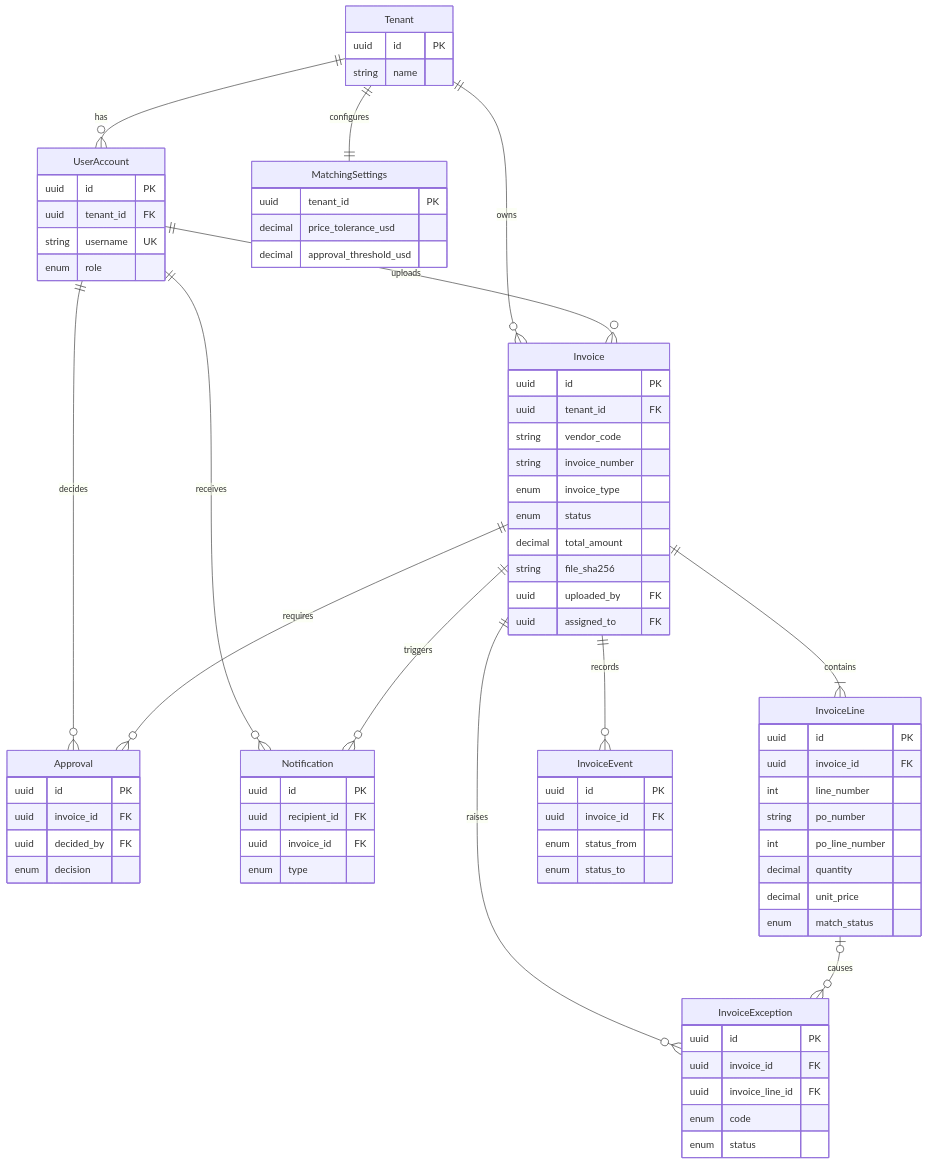
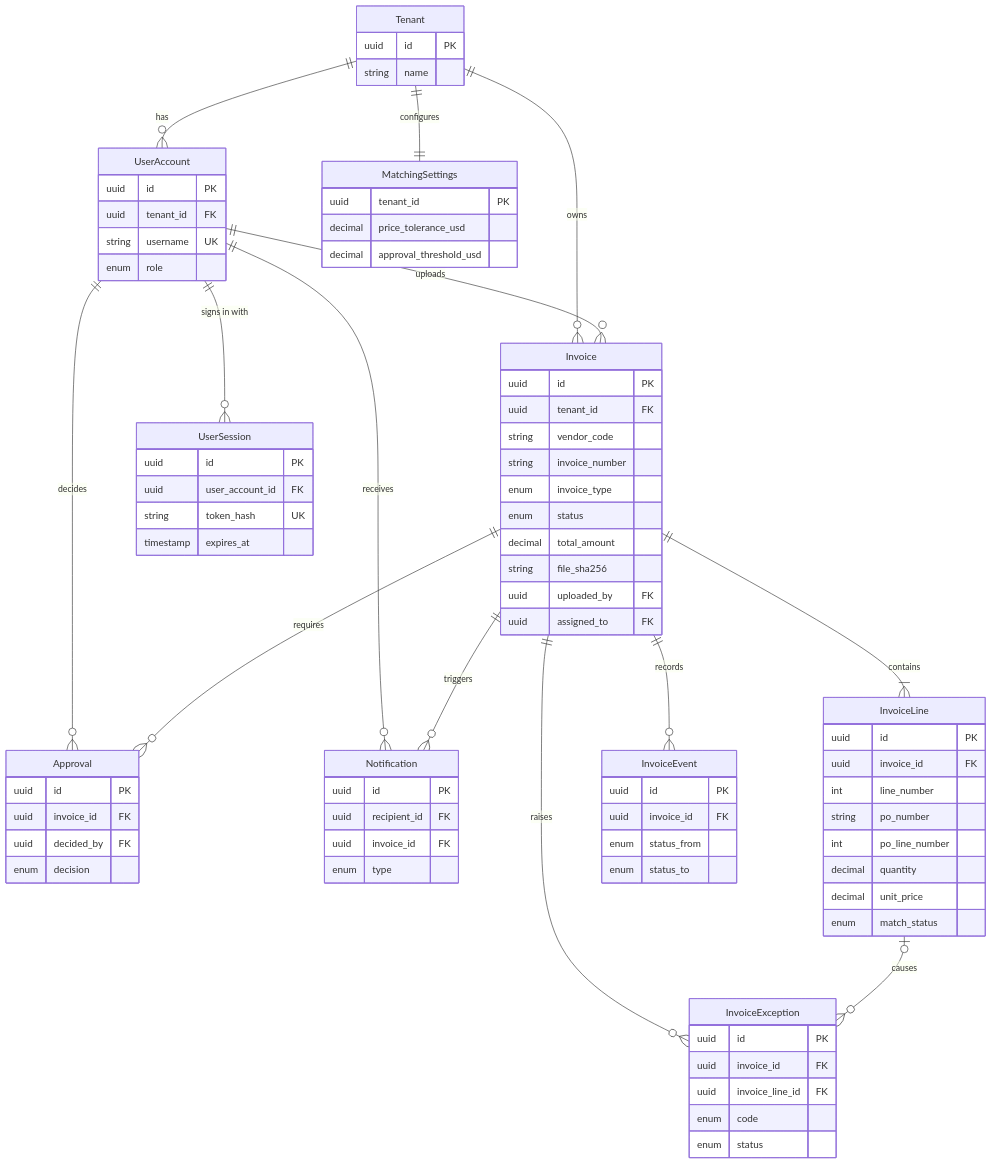
Before and after one commit to jiri-nguyen/SAPS: the first of 2 diagrams in docs/02-architecture/data-model.md, drawn with Mermaid. The commit also changed other lines of this file and 5 other files, not shown here.

Commit message:
docs: ADR-0008 session cookies for PoC auth; UserSession entity; CSRF rule in OpenAPI and guide

```diff
--- a/docs/02-architecture/data-model.md
+++ b/docs/02-architecture/data-model.md
@@ -33,6 +33,7 @@
     Tenant ||--o{ UserAccount : "has"
     Tenant ||--o{ Invoice : "owns"
     Tenant ||--|| MatchingSettings : "configures"
+    UserAccount ||--o{ UserSession : "signs in with"
     UserAccount ||--o{ Invoice : "uploads"
     UserAccount ||--o{ Approval : "decides"
     UserAccount ||--o{ Notification : "receives"
@@ -52,6 +53,12 @@
         uuid tenant_id FK
         string username UK
         enum role
+    }
+    UserSession {
+        uuid id PK
+        uuid user_account_id FK
+        string token_hash UK
+        timestamp expires_at
     }
     Invoice {
         uuid id PK
```
